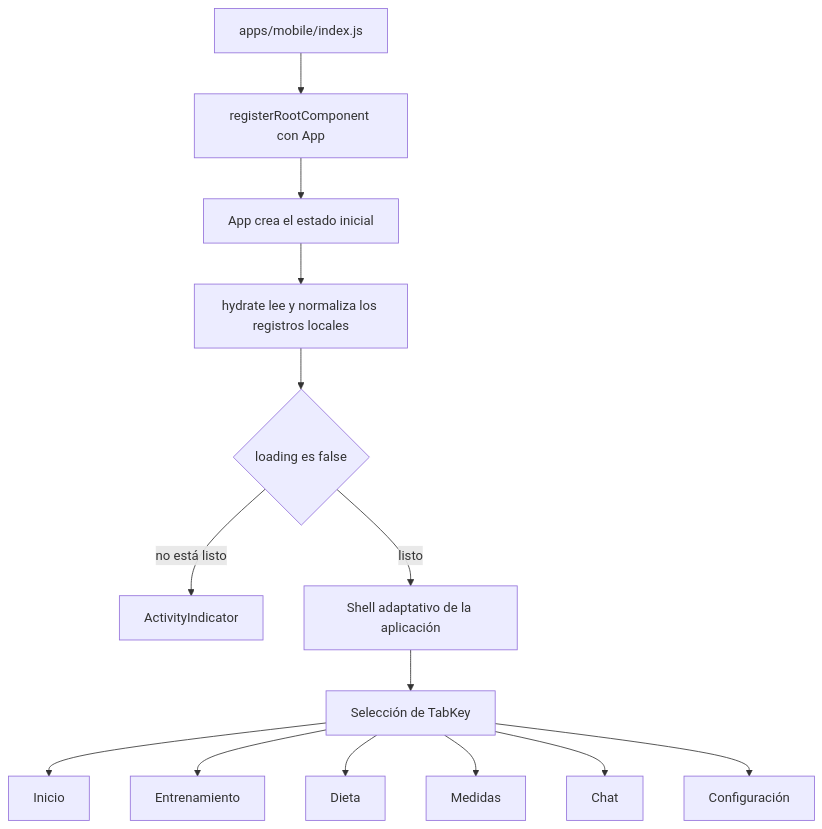
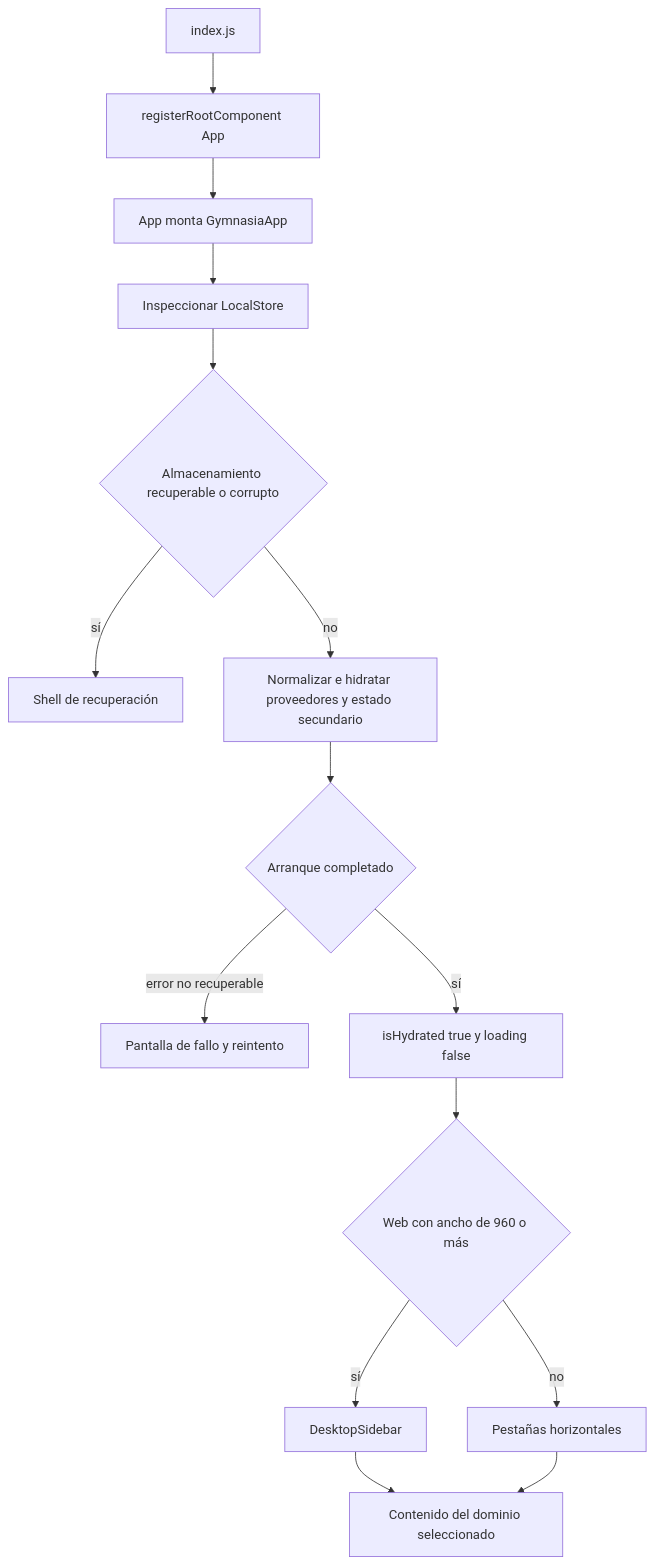
The first of 2 diagrams in openwiki/mobile/application-shell.md (maximofn/gymnasia), drawn with Mermaid before and after one commit. The commit also changed other lines of this file and 49 other files, not shown here.

````diff
--- a/openwiki/mobile/application-shell.md
+++ b/openwiki/mobile/application-shell.md
@@ -24,16 +39,17 @@
 ```mermaid
 flowchart TD
-    Entry["apps/mobile/index.js"] --> Register["registerRootComponent con App"]
-    Register --> Init["App crea el estado inicial"]
-    Init --> Hydrate["hydrate lee y normaliza los registros locales"]
-    Hydrate --> Ready{"loading es false"}
-    Ready -->|"no está listo"| Spinner["ActivityIndicator"]
-    Ready -->|"listo"| Shell["Shell adaptativo de la aplicación"]
-    Shell --> Tabs["Selección de TabKey"]
-    Tabs --> Home["Inicio"]
-    Tabs --> Training["Entrenamiento"]
-    Tabs --> Diet["Dieta"]
-    Tabs --> Measures["Medidas"]
-    Tabs --> Chat["Chat"]
-    Tabs --> Settings["Configuración"]
+    Entry["index.js"] --> Root["registerRootComponent App"]
+    Root --> Runtime["App monta GymnasiaApp"]
+    Runtime --> Inspect["Inspeccionar LocalStore"]
+    Inspect --> Damaged{"Almacenamiento recuperable o corrupto"}
+    Damaged -->|"sí"| Recovery["Shell de recuperación"]
+    Damaged -->|"no"| Hydrate["Normalizar e hidratar proveedores y estado secundario"]
+    Hydrate --> Checked{"Arranque completado"}
+    Checked -->|"error no recuperable"| Failure["Pantalla de fallo y reintento"]
+    Checked -->|"sí"| Ready["isHydrated true y loading false"]
+    Ready --> Platform{"Web con ancho de 960 o más"}
+    Platform -->|"sí"| Desktop["DesktopSidebar"]
+    Platform -->|"no"| Compact["Pestañas horizontales"]
+    Desktop --> Domain["Contenido del dominio seleccionado"]
+    Compact --> Domain
 ```
````
